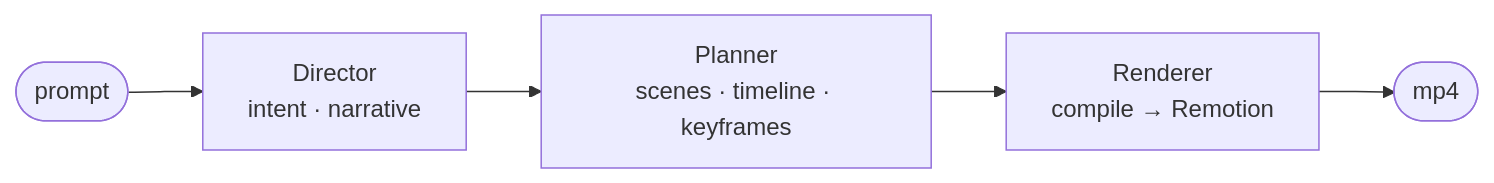
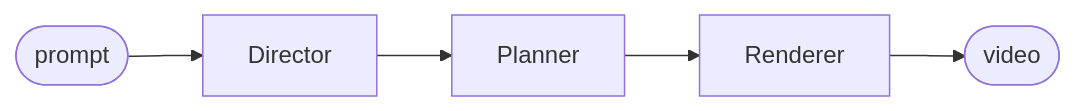
Before and after one commit to Vamsi-027/Vamsi-027: the second of 2 diagrams in README.md, drawn with Mermaid. The commit also changed other lines of this file, not shown here.

````diff
--- a/README.md
+++ b/README.md
@@ -64,7 +61,4 @@
 ```mermaid
 flowchart LR
-    P([prompt]) --> D[Director<br/>intent · narrative]
-    D --> PL[Planner<br/>scenes · timeline · keyframes]
-    PL --> R[Renderer<br/>compile → Remotion]
-    R --> V([mp4])
+    A([prompt]) --> B[Director] --> C[Planner] --> D[Renderer] --> E([video])
 ```
````
